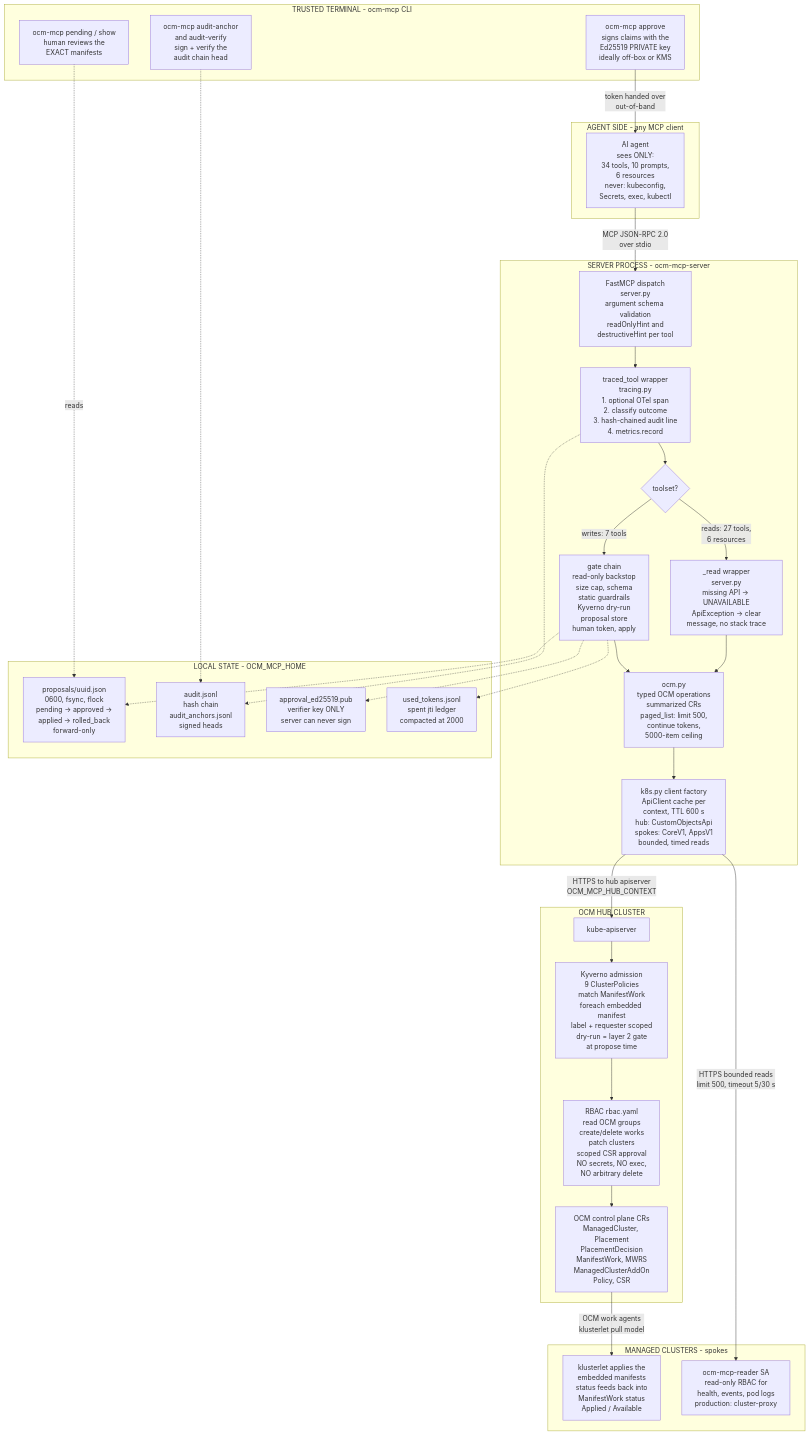
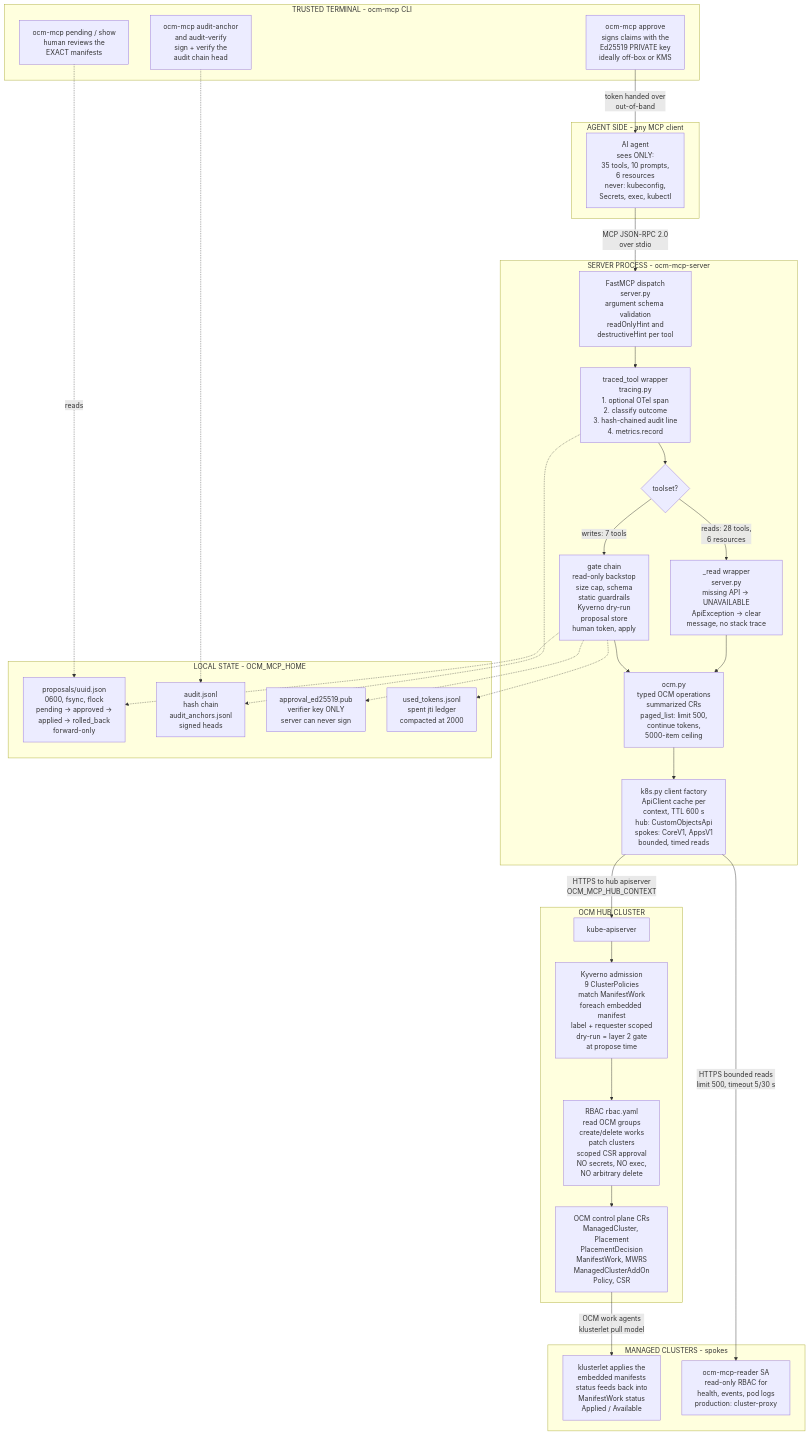
Before and after one commit to ocm-mcp-server/ocm-mcp-server: the first of 7 diagrams in docs/architecture.md, drawn with Mermaid. The commit also changed other lines of this file and 5 other files, not shown here.

First line of the commit message:
docs: get_fleet_health across README, wiki, changelog, architecture

````diff
--- a/docs/architecture.md
+++ b/docs/architecture.md
@@ -52,56 +52,56 @@
 ```mermaid
 flowchart TD
     subgraph CLIENT["AGENT SIDE - any MCP client"]
-        A["AI agent<br/>sees ONLY:<br/>34 tools, 10 prompts,<br/>6 resources<br/>never: kubeconfig,<br/>Secrets, exec, kubectl"]
+        A["AI agent<br/>sees ONLY:<br/>35 tools, 10 prompts,<br/>6 resources<br/>never: kubeconfig,<br/>Secrets, exec, kubectl"]
     end
 
     A -- "MCP JSON-RPC 2.0<br/>over stdio" --> B
 
     subgraph SERVER["SERVER PROCESS - ocm-mcp-server"]
         B["FastMCP dispatch<br/>server.py<br/>argument schema validation<br/>readOnlyHint and<br/>destructiveHint per tool"]
         B --> C["traced_tool wrapper<br/>tracing.py<br/>1. optional OTel span<br/>2. classify outcome<br/>3. hash-chained audit line<br/>4. metrics.record"]
         C --> D{"toolset?"}
-        D -- "reads: 27 tools,<br/>6 resources" --> E["_read wrapper<br/>server.py<br/>missing API -> UNAVAILABLE<br/>ApiException -> clear<br/>message, no stack trace"]
+        D -- "reads: 28 tools,<br/>6 resources" --> E["_read wrapper<br/>server.py<br/>missing API -> UNAVAILABLE<br/>ApiException -> clear<br/>message, no stack trace"]
         D -- "writes: 7 tools" --> F["gate chain<br/>read-only backstop<br/>size cap, schema<br/>static guardrails<br/>Kyverno dry-run<br/>proposal store<br/>human token, apply"]
         E --> G["ocm.py<br/>typed OCM operations<br/>summarized CRs<br/>paged_list: limit 500,<br/>continue tokens,<br/>5000-item ceiling"]
         F --> G
         G --> H["k8s.py client factory<br/>ApiClient cache per<br/>context, TTL 600 s<br/>hub: CustomObjectsApi<br/>spokes: CoreV1, AppsV1<br/>bounded, timed reads"]
     end
 
     subgraph STATE["LOCAL STATE - OCM_MCP_HOME"]
         S1["proposals/uuid.json<br/>0600, fsync, flock<br/>pending -> approved -><br/>applied -> rolled_back<br/>forward-only"]
         S2["audit.jsonl<br/>hash chain<br/>audit_anchors.jsonl<br/>signed heads"]
         S3["approval_ed25519.pub<br/>verifier key ONLY<br/>server can never sign"]
         S4["used_tokens.jsonl<br/>spent jti ledger<br/>compacted at 2000"]
     end
     F -.-> S1
     C -.-> S2
     F -.-> S3
     F -.-> S4
 
     subgraph HUMAN["TRUSTED TERMINAL - ocm-mcp CLI"]
         T1["ocm-mcp pending / show<br/>human reviews the<br/>EXACT manifests"]
         T2["ocm-mcp approve<br/>signs claims with the<br/>Ed25519 PRIVATE key<br/>ideally off-box or KMS"]
         T3["ocm-mcp audit-anchor<br/>and audit-verify<br/>sign + verify the<br/>audit chain head"]
     end
     T1 -. reads .-> S1
     T2 -- "token handed over<br/>out-of-band" --> A
     T3 -.-> S2
 
     H -- "HTTPS to hub apiserver<br/>OCM_MCP_HUB_CONTEXT" --> I
 
     subgraph HUB["OCM HUB CLUSTER"]
         I["kube-apiserver"]
         I --> J["Kyverno admission<br/>9 ClusterPolicies<br/>match ManifestWork<br/>foreach embedded manifest<br/>label + requester scoped<br/>dry-run = layer 2 gate<br/>at propose time"]
         J --> K["RBAC rbac.yaml<br/>read OCM groups<br/>create/delete works<br/>patch clusters<br/>scoped CSR approval<br/>NO secrets, NO exec,<br/>NO arbitrary delete"]
         K --> L["OCM control plane CRs<br/>ManagedCluster, Placement<br/>PlacementDecision<br/>ManifestWork, MWRS<br/>ManagedClusterAddOn<br/>Policy, CSR"]
     end
 
     L -- "OCM work agents<br/>klusterlet pull model" --> M
 
     subgraph SPOKES["MANAGED CLUSTERS - spokes"]
         M["klusterlet applies the<br/>embedded manifests<br/>status feeds back into<br/>ManifestWork status<br/>Applied / Available"]
         N["ocm-mcp-reader SA<br/>read-only RBAC for<br/>health, events, pod logs<br/>production: cluster-proxy"]
     end
     H -- "HTTPS bounded reads<br/>limit 500, timeout 5/30 s" --> N
 ```
````
